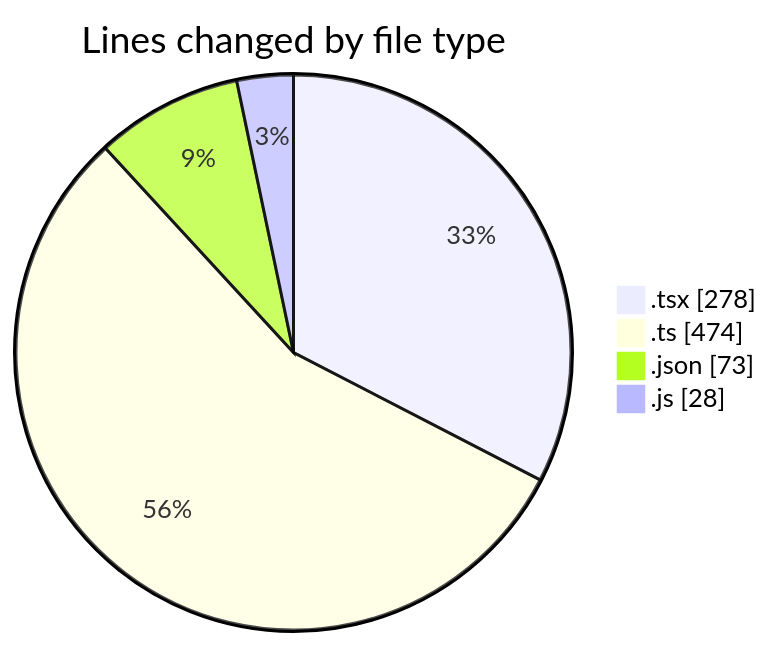
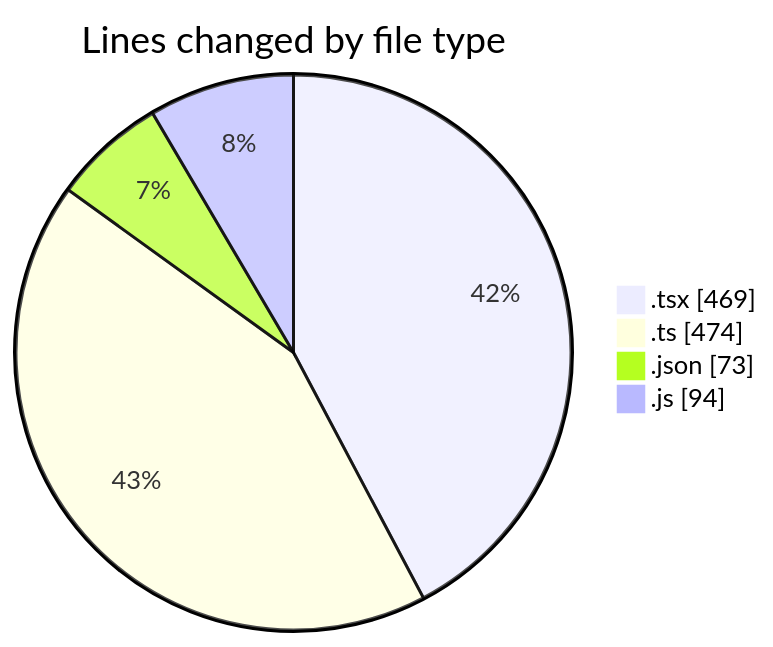
Before and after one commit to robertbonfada/code-tracking: the first of 2 diagrams in 2025-01-20/mbc-web/README.md, drawn with Mermaid. The commit also changed other lines of this file and 1 other file, not shown here.

````diff
--- a/2025-01-20/mbc-web/README.md
+++ b/2025-01-20/mbc-web/README.md
@@ -27,8 +32,8 @@
 ```mermaid
 pie showData
 title Lines changed by file type
-".tsx" : 278
+".tsx" : 469
 ".ts" : 474
 ".json" : 73
-".js" : 28
+".js" : 94
 ```
````
